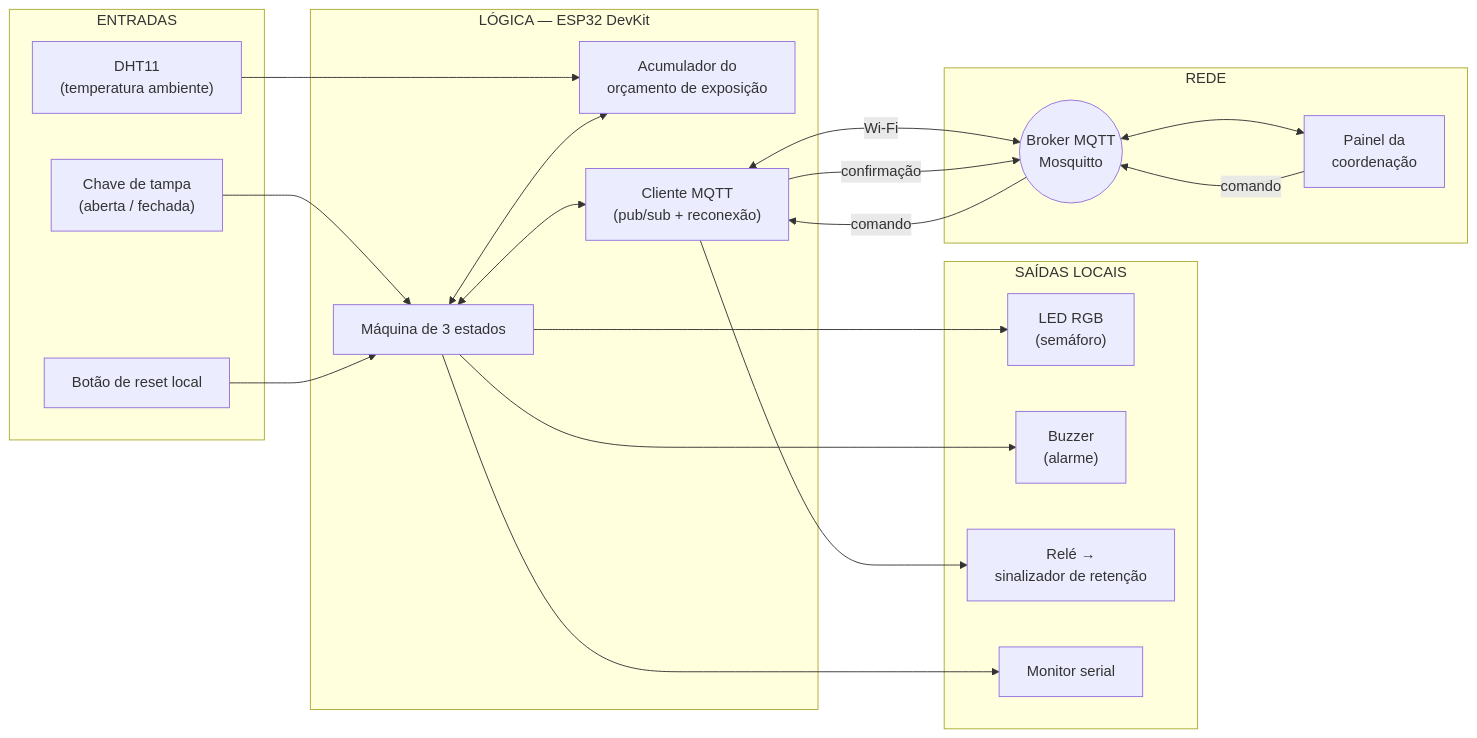
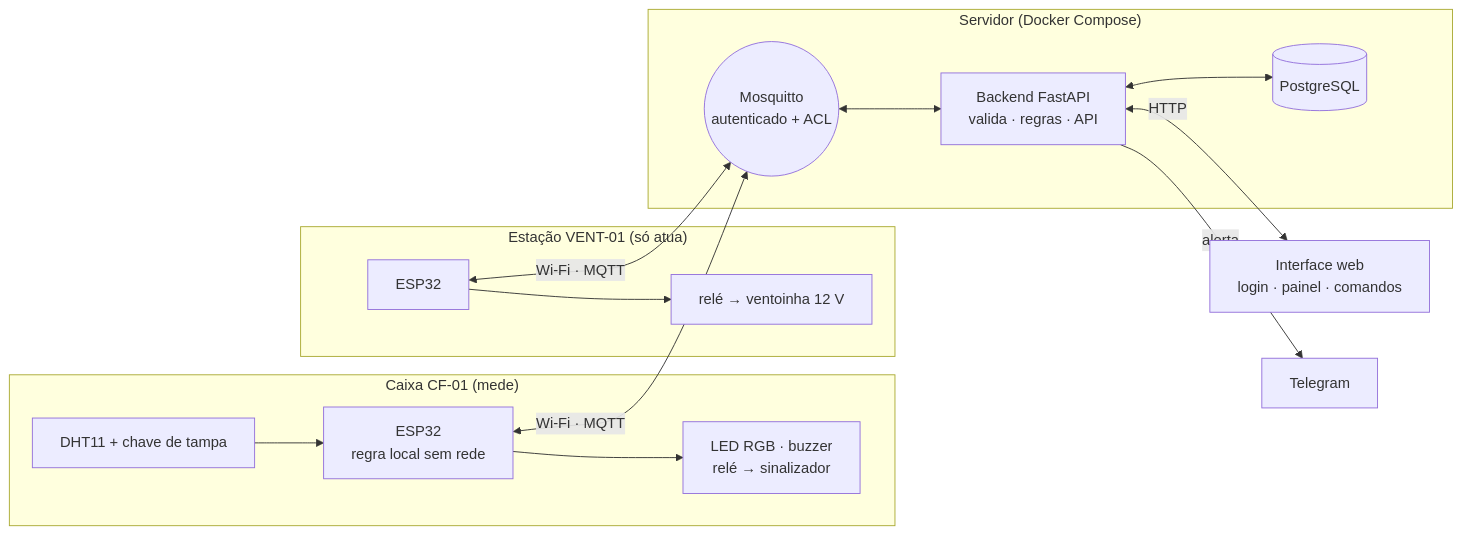
One commit to VictorKunzz/sentinela-cadeia-fria changed the diagram in README.md. Above: the diagram before and after it, drawn with Mermaid. The commit also changed other lines of this file, not shown here.

````diff
--- a/README.md
+++ b/README.md
@@ -132,37 +38,18 @@
 ```mermaid
 flowchart LR
-    subgraph E["ENTRADAS"]
-        A["Chave de tampa<br/>(aberta / fechada)"]
-        B["DHT11<br/>(temperatura ambiente)"]
-        C["Botão de reset local"]
+    subgraph CF["Caixa CF-01 (mede)"]
+        S["DHT11 + chave de tampa"] --> E1["ESP32<br/>regra local sem rede"]
+        E1 --> A1["LED RGB · buzzer<br/>relé → sinalizador"]
     end
-    subgraph L["LÓGICA — ESP32 DevKit"]
-        D["Máquina de 3 estados"]
-        F["Acumulador do<br/>orçamento de exposição"]
-        M["Cliente MQTT<br/>(pub/sub + reconexão)"]
+    subgraph VE["Estação VENT-01 (só atua)"]
+        E2["ESP32"] --> A2["relé → ventoinha 12 V"]
     end
-    subgraph S["SAÍDAS LOCAIS"]
-        G["LED RGB<br/>(semáforo)"]
-        H["Buzzer<br/>(alarme)"]
-        R["Relé →<br/>sinalizador de retenção"]
-        I["Monitor serial"]
+    E1 <-->|Wi-Fi · MQTT| MQ(("Mosquitto<br/>autenticado + ACL"))
+    E2 <-->|Wi-Fi · MQTT| MQ
+    subgraph SRV["Servidor (Docker Compose)"]
+        MQ <--> API["Backend FastAPI<br/>valida · regras · API"]
+        API <--> DB[("PostgreSQL")]
     end
-    subgraph N["REDE"]
-        K(("Broker MQTT<br/>Mosquitto"))
-        P["Painel da<br/>coordenação"]
-    end
-    A --> D
-    B --> F
-    C --> D
-    D <--> F
-    D --> G
-    D --> H
-    D --> I
-    D <--> M
-    M <-->|Wi-Fi| K
-    K <--> P
-    P -->|comando| K
-    K -->|comando| M
-    M --> R
-    M -->|confirmação| K
+    API <-->|HTTP| UI["Interface web<br/>login · painel · comandos"]
+    API -->|alerta| TG["Telegram"]
 ```
````
